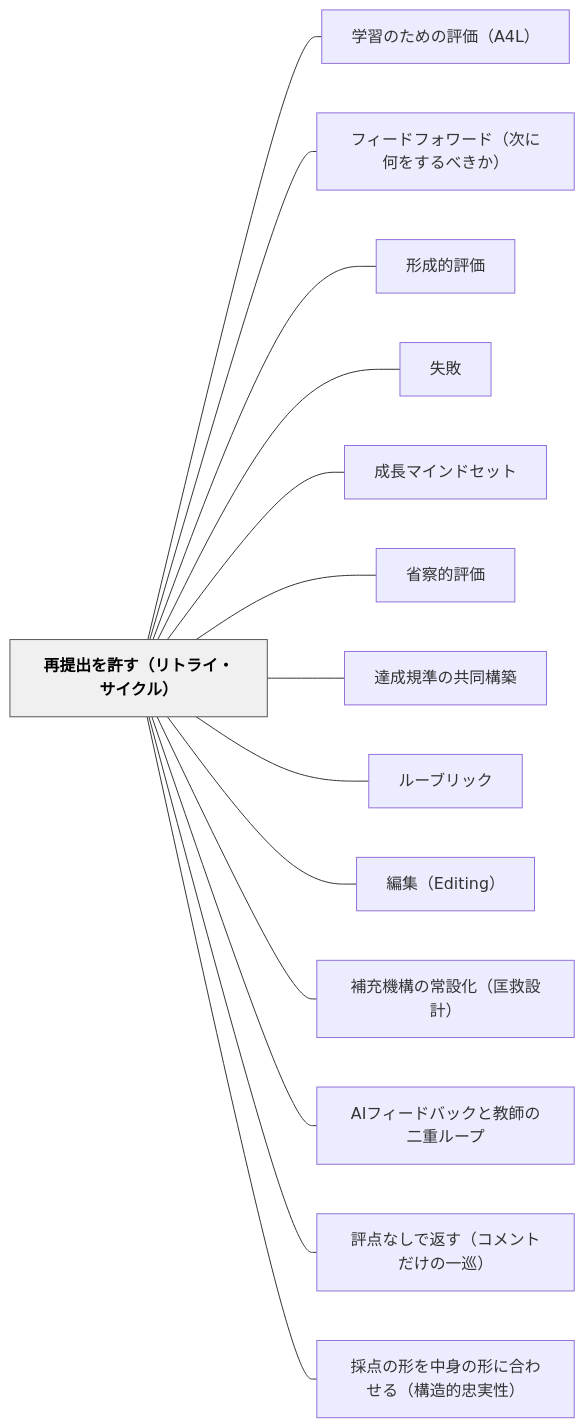
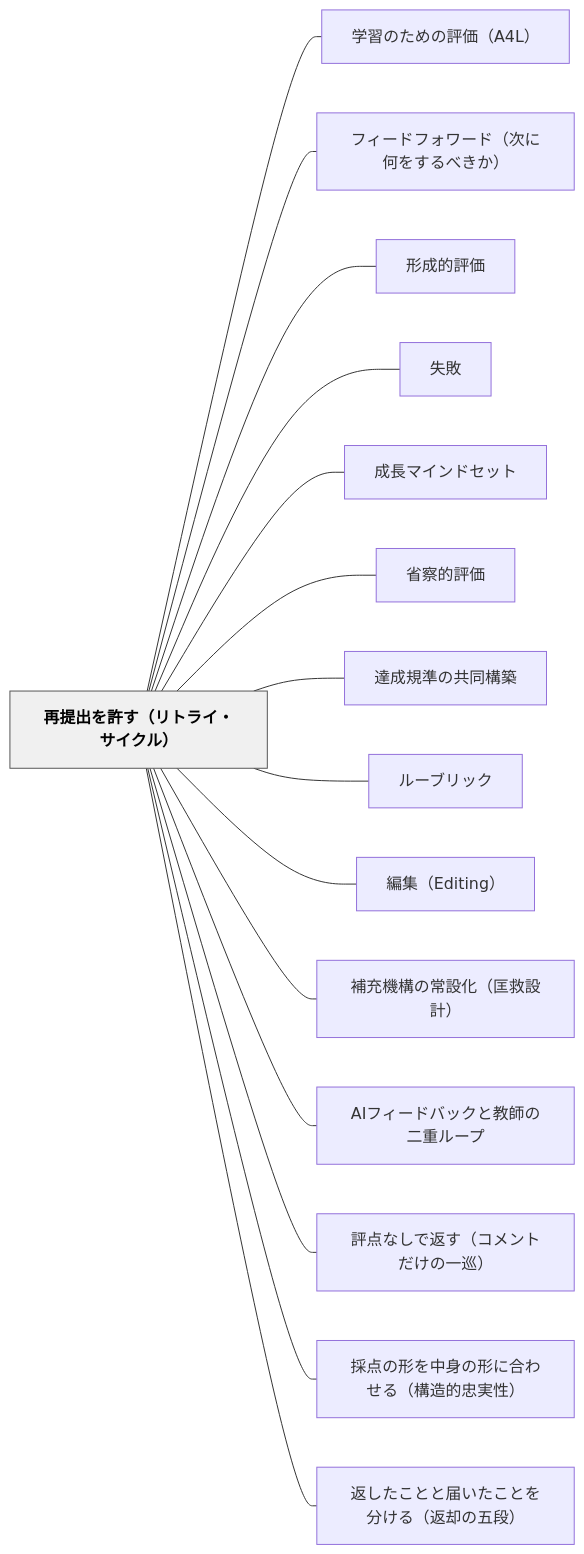
One commit to unknownthings-ed-patterns/unknownthings-ed-patterns changed the diagram in content/パタン/再提出を許す（リトライ・サイクル）.md. Above: the diagram before and after it, drawn with Mermaid. The commit also changed other lines of this file and 14 other files, not shown here.

````diff
--- a/content/パタン/再提出を許す（リトライ・サイクル）.md
+++ b/content/パタン/再提出を許す（リトライ・サイクル）.md
@@ -135,34 +136,36 @@
 ```mermaid
 flowchart LR
     ne5868de68f90e587bae38292e8a8b1e38199efbc88e383aae38388e383a9e382a4e383bbe382b5e382a4e382afe383abefbc89["再提出を許す（リトライ・サイクル）"]
     ne5ada6e7bf92e381aee3819fe38281e381aee8a995e4bea1efbc8841344cefbc89["学習のための評価（A4L）"]
     ne38395e382a3e383bce38389e38395e382a9e383afe383bce38389efbc88e6aca1e381abe4bd95e38292e38199e3828be381b9e3818de3818befbc89["フィードフォワード（次に何をするべきか）"]
     ne5bda2e68890e79a84e8a995e4bea1["形成的評価"]
     ne5a4b1e69597["失敗"]
     ne68890e995b7e3839ee382a4e383b3e38389e382bbe38383e38388["成長マインドセット"]
     ne79c81e5af9fe79a84e8a995e4bea1["省察的評価"]
     ne98194e68890e8a68fe6ba96e381aee585b1e5908ce6a78be7af89["達成規準の共同構築"]
     ne383abe383bce38396e383aae38383e382af["ルーブリック"]
     ne7b7a8e99b86efbc8845646974696e67efbc89["編集（Editing）"]
     ne8a39ce58585e6a99fe6a78be381aee5b8b8e8a8ade58c96efbc88e58ca1e69591e8a8ade8a888efbc89["補充機構の常設化（匡救設計）"]
     n4149e38395e382a3e383bce38389e38390e38383e382afe381a8e69599e5b8abe381aee4ba8ce9878de383abe383bce38397["AIフィードバックと教師の二重ループ"]
     ne8a995e782b9e381aae38197e381a7e8bf94e38199efbc88e382b3e383a1e383b3e38388e381a0e38191e381aee4b880e5b7a1efbc89["評点なしで返す（コメントだけの一巡）"]
     ne68ea1e782b9e381aee5bda2e38292e4b8ade8baabe381aee5bda2e381abe59088e3828fe3819be3828befbc88e6a78be980a0e79a84e5bfa0e5ae9fe680a7efbc89["採点の形を中身の形に合わせる（構造的忠実性）"]
+    ne8bf94e38197e3819fe38193e381a8e381a8e5b18ae38184e3819fe38193e381a8e38292e58886e38191e3828befbc88e8bf94e58db4e381aee4ba94e6aeb5efbc89["返したことと届いたことを分ける（返却の五段）"]
 
     ne5868de68f90e587bae38292e8a8b1e38199efbc88e383aae38388e383a9e382a4e383bbe382b5e382a4e382afe383abefbc89 --- ne5ada6e7bf92e381aee3819fe38281e381aee8a995e4bea1efbc8841344cefbc89
     ne5868de68f90e587bae38292e8a8b1e38199efbc88e383aae38388e383a9e382a4e383bbe382b5e382a4e382afe383abefbc89 --- ne38395e382a3e383bce38389e38395e382a9e383afe383bce38389efbc88e6aca1e381abe4bd95e38292e38199e3828be381b9e3818de3818befbc89
     ne5868de68f90e587bae38292e8a8b1e38199efbc88e383aae38388e383a9e382a4e383bbe382b5e382a4e382afe383abefbc89 --- ne5bda2e68890e79a84e8a995e4bea1
     ne5868de68f90e587bae38292e8a8b1e38199efbc88e383aae38388e383a9e382a4e383bbe382b5e382a4e382afe383abefbc89 --- ne5a4b1e69597
     ne5868de68f90e587bae38292e8a8b1e38199efbc88e383aae38388e383a9e382a4e383bbe382b5e382a4e382afe383abefbc89 --- ne68890e995b7e3839ee382a4e383b3e38389e382bbe38383e38388
     ne5868de68f90e587bae38292e8a8b1e38199efbc88e383aae38388e383a9e382a4e383bbe382b5e382a4e382afe383abefbc89 --- ne79c81e5af9fe79a84e8a995e4bea1
     ne5868de68f90e587bae38292e8a8b1e38199efbc88e383aae38388e383a9e382a4e383bbe382b5e382a4e382afe383abefbc89 --- ne98194e68890e8a68fe6ba96e381aee585b1e5908ce6a78be7af89
     ne5868de68f90e587bae38292e8a8b1e38199efbc88e383aae38388e383a9e382a4e383bbe382b5e382a4e382afe383abefbc89 --- ne383abe383bce38396e383aae38383e382af
     ne5868de68f90e587bae38292e8a8b1e38199efbc88e383aae38388e383a9e382a4e383bbe382b5e382a4e382afe383abefbc89 --- ne7b7a8e99b86efbc8845646974696e67efbc89
     ne5868de68f90e587bae38292e8a8b1e38199efbc88e383aae38388e383a9e382a4e383bbe382b5e382a4e382afe383abefbc89 --- ne8a39ce58585e6a99fe6a78be381aee5b8b8e8a8ade58c96efbc88e58ca1e69591e8a8ade8a888efbc89
     ne5868de68f90e587bae38292e8a8b1e38199efbc88e383aae38388e383a9e382a4e383bbe382b5e382a4e382afe383abefbc89 --- n4149e38395e382a3e383bce38389e38390e38383e382afe381a8e69599e5b8abe381aee4ba8ce9878de383abe383bce38397
     ne5868de68f90e587bae38292e8a8b1e38199efbc88e383aae38388e383a9e382a4e383bbe382b5e382a4e382afe383abefbc89 --- ne8a995e782b9e381aae38197e381a7e8bf94e38199efbc88e382b3e383a1e383b3e38388e381a0e38191e381aee4b880e5b7a1efbc89
     ne5868de68f90e587bae38292e8a8b1e38199efbc88e383aae38388e383a9e382a4e383bbe382b5e382a4e382afe383abefbc89 --- ne68ea1e782b9e381aee5bda2e38292e4b8ade8baabe381aee5bda2e381abe59088e3828fe3819be3828befbc88e6a78be980a0e79a84e5bfa0e5ae9fe680a7efbc89
+    ne5868de68f90e587bae38292e8a8b1e38199efbc88e383aae38388e383a9e382a4e383bbe382b5e382a4e382afe383abefbc89 --- ne8bf94e38197e3819fe38193e381a8e381a8e5b18ae38184e3819fe38193e381a8e38292e58886e38191e3828befbc88e8bf94e58db4e381aee4ba94e6aeb5efbc89
 
     classDef hub fill:#f0f0f0,stroke:#555,color:#000,font-weight:bold
     class ne5868de68f90e587bae38292e8a8b1e38199efbc88e383aae38388e383a9e382a4e383bbe382b5e382a4e382afe383abefbc89 hub
 ```
````
